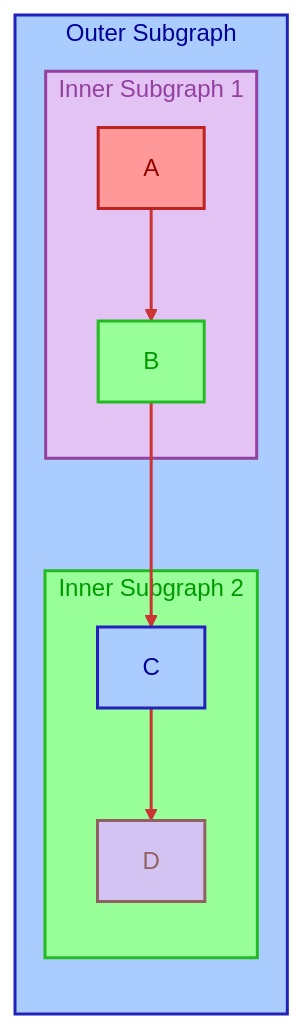
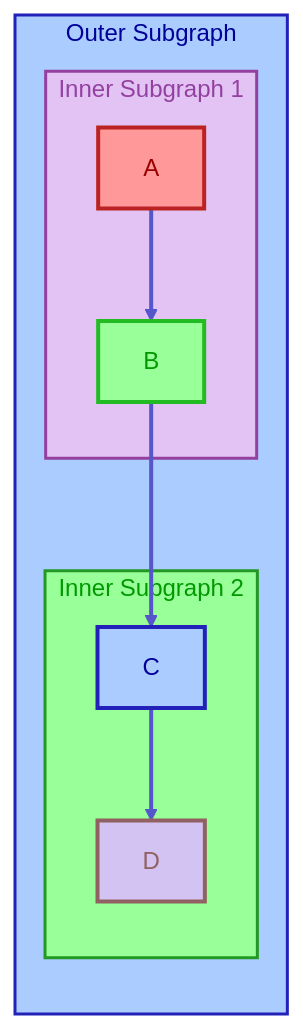
The diagram in README.md (walterrowe/python-utils), drawn with Mermaid before and after one commit.

Commit message:
more complex mermaid styling

````diff
--- a/README.md
+++ b/README.md
@@ -3,26 +3,27 @@
 ```mermaid
 graph LR
 
-linkStyle default stroke:#c33,stroke-width:1.5pt;
+classDef default stroke-width:2pt;
+linkStyle default stroke:#55c,stroke-width:2pt;
 
-classDef RED fill:#f99,color:#900,stroke:#b22,stroke-width:1.5pt;
-classDef GRN fill:#9f9,color:#090,stroke:#2b2,stroke-width:1.5pt;
-classDef BLU fill:#acf,color:#009,stroke:#22b,stroke-width:1.5pt;
-classDef LAV fill:#d3c3f3,color:#916060,stroke:#916060,stroke-width:1.5pt;
+classDef RED fill:#f99,color:#900,stroke:#b22;
+classDef GRN fill:#9f9,color:#090,stroke:#2b2;
+classDef BLU fill:#acf,color:#009,stroke:#22b;
+classDef LAV fill:#d3c3f3,color:#916060,stroke:#916060;
 
 style graph0 fill:#acf,color:#009,stroke:#22b,stroke-width:1.5pt;
 style graph1 fill:#e3c3f3,color:#9340a0,stroke:#9340a0,stroke-width:1.5pt;
-style graph2 fill:#9f9,color:#090,stroke:#2b2,stroke-width:1.5pt;
+style graph2 fill:#9f9,color:#090,stroke:#292,stroke-width:1.5pt;
 
 subgraph graph0[Outer Subgraph]
   subgraph graph1[Inner Subgraph 1]
     A:::RED --> B:::GRN
   end
 
   subgraph graph2[Inner Subgraph 2]
     C:::BLU --> D:::LAV
   end
 
   B --> C
 end
 ```
````
